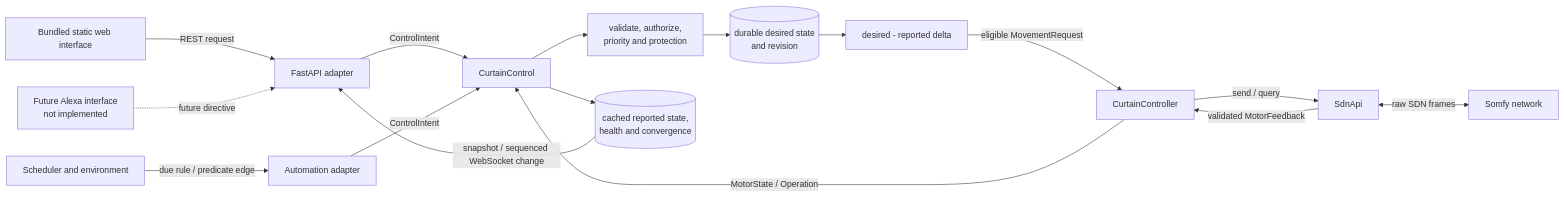
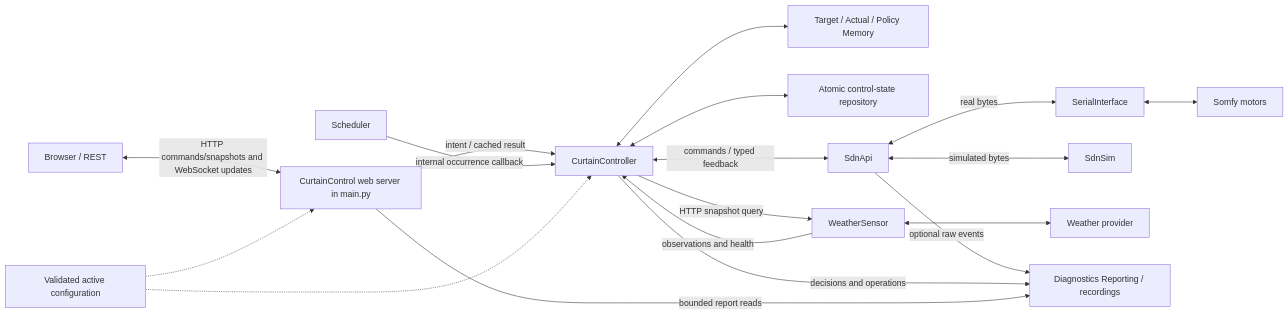
Before and after one commit to bhlarson/CurtainControl: the third of 5 diagrams in curtain_control_spec.md, drawn with Mermaid. The commit also changed other lines of this file and 36 other files, not shown here.

````diff
--- a/curtain_control_spec.md
+++ b/curtain_control_spec.md
@@ -1236,21 +1255,20 @@
 ```mermaid
 flowchart LR
-    Web[Bundled static web interface] -->|REST request| WebAdapter[FastAPI adapter]
-    Auto[Scheduler and environment] -->|due rule / predicate edge| AutoAdapter[Automation adapter]
-    FutureAlexa[Future Alexa interface<br/>not implemented] -.->|future directive| WebAdapter
-
-    WebAdapter -->|ControlIntent| Control[CurtainControl]
-    AutoAdapter -->|ControlIntent| Control
-
-    Control --> Policy[validate, authorize,<br/>priority and protection]
-    Policy --> Desired[(durable desired state<br/>and revision)]
-    Desired --> Delta[desired - reported delta]
-    Delta -->|eligible MovementRequest| Controller[CurtainController]
-    Controller -->|send / query| SDN[SdnApi]
-    SDN <-->|raw SDN frames| Device[Somfy network]
-
-    SDN -->|validated MotorFeedback| Controller
-    Controller -->|MotorState / Operation| Control
-    Control --> Reported[(cached reported state,<br/>health and convergence)]
-    Reported -->|snapshot / sequenced WebSocket change| WebAdapter
+    Browser[Browser / REST] <-->|HTTP commands/snapshots and WebSocket updates| WebServer[CurtainControl web server in main.py]
+    WebServer <-->|intent / cached result| Controller[CurtainController]
+    Scheduler[Scheduler] -->|internal occurrence callback| Controller
+    Controller <--> Memory[Target / Actual / Policy Memory]
+    Controller <--> State[Atomic control-state repository]
+    Controller <-->|commands / typed feedback| SDN[SdnApi]
+    SDN <-->|real bytes| Serial[SerialInterface]
+    SDN <-->|simulated bytes| Sim[SdnSim]
+    Serial <--> Motors[Somfy motors]
+    Controller -->|HTTP snapshot query| Sensor[WeatherSensor]
+    Sensor -->|observations and health| Controller
+    Sensor <--> Provider[Weather provider]
+    SDN -->|optional raw events| Reports[Diagnostics Reporting / recordings]
+    Controller -->|decisions and operations| Reports
+    WebServer -->|bounded report reads| Reports
+    Config[Validated active configuration] -.-> WebServer
+    Config -.-> Controller
 ```
````
